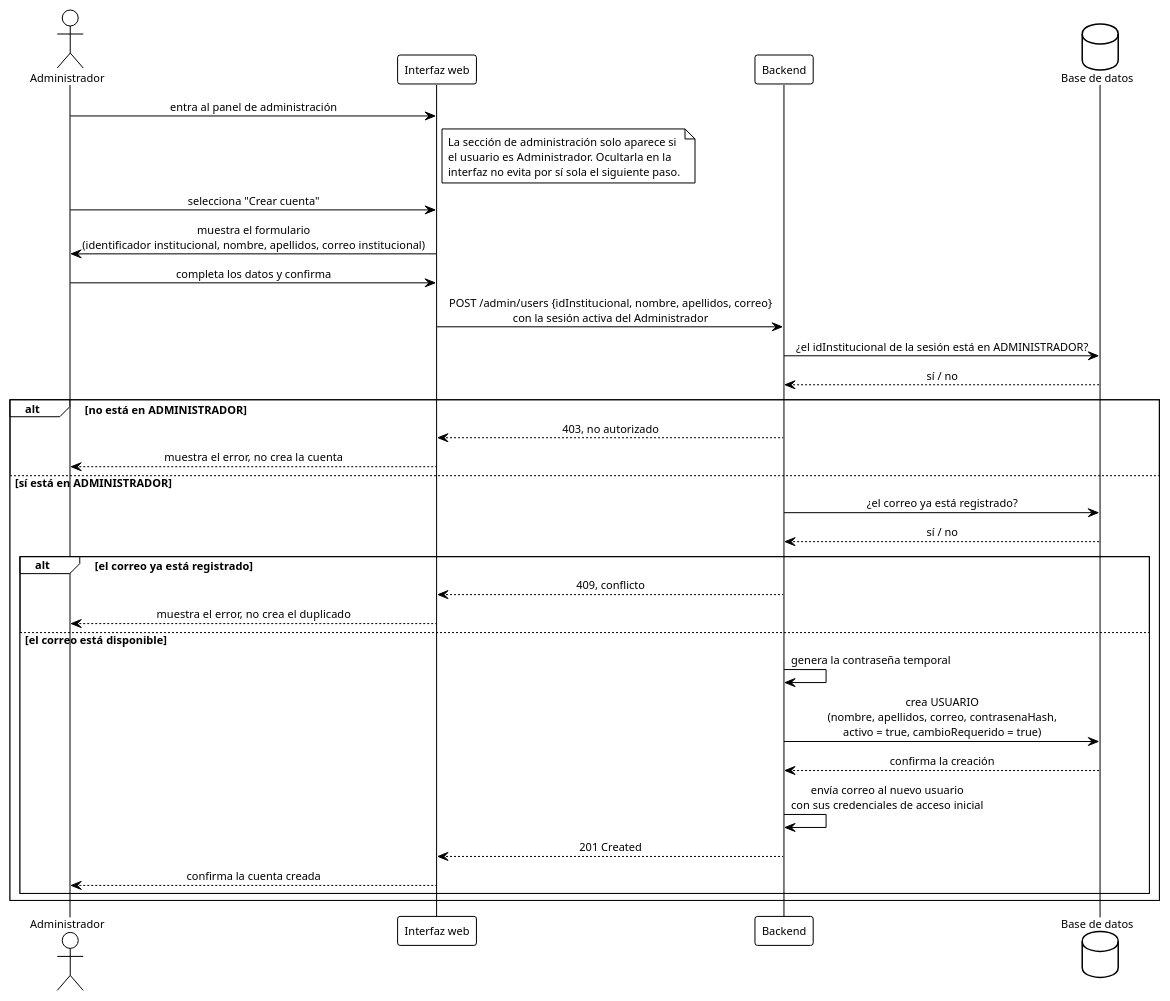
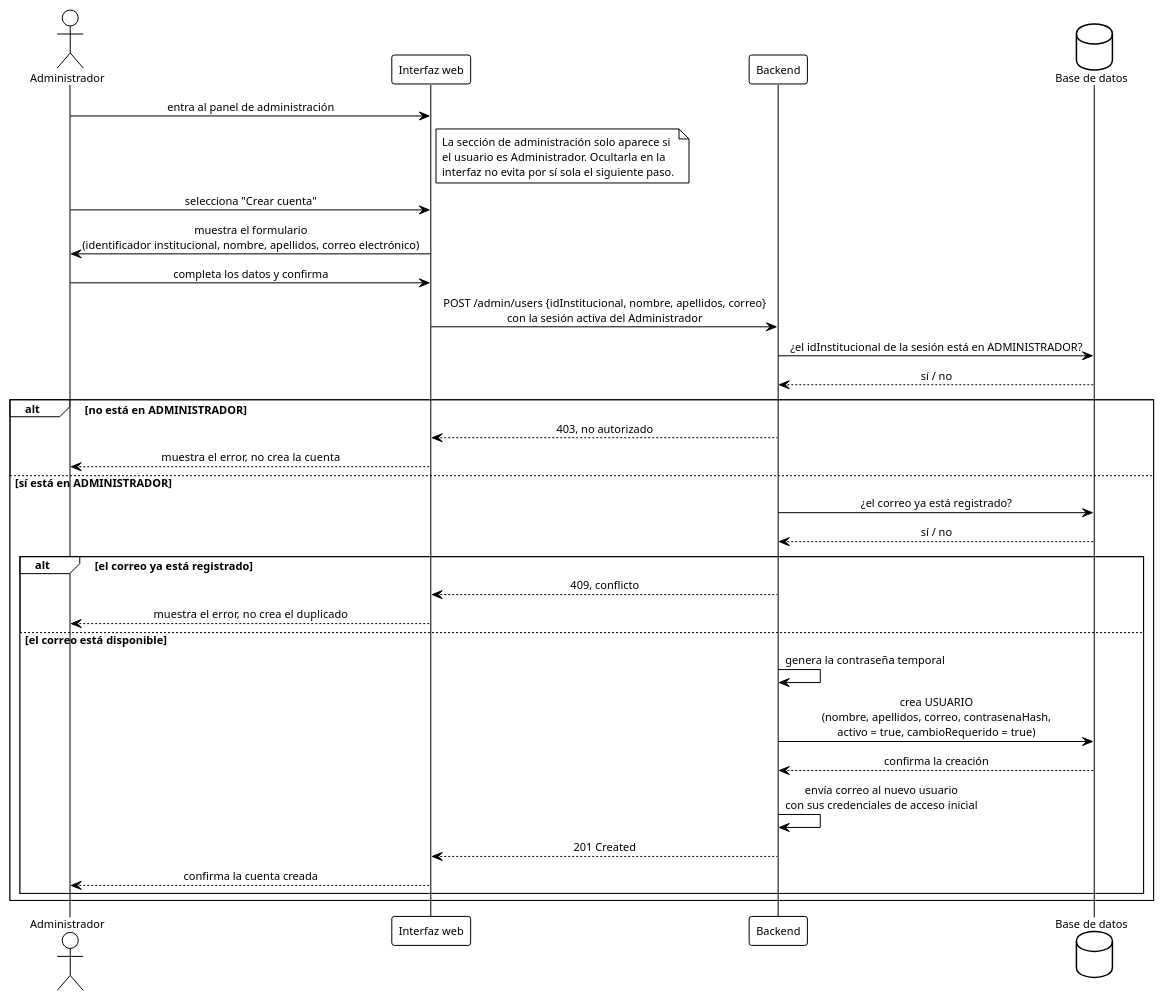
Before and after one commit to ErickJester/fst-ai-system-latex: diagram 26 of 38 in INSTRUCCIONES-WEB.md, drawn with PlantUML. The commit also changed other lines of this file and 35 other files, not shown here.

````diff
--- a/INSTRUCCIONES-WEB.md
+++ b/INSTRUCCIONES-WEB.md
@@ -1998,44 +2005,44 @@
 ```plantuml
 @startuml seq_crear_cuenta
 !theme plain
 skinparam defaultFontName Arial
 skinparam defaultFontSize 11
 skinparam shadowing false
 skinparam sequenceMessageAlign center
 actor Administrador as admin
 participant "Interfaz web" as ui
 participant Backend as api
 database "Base de datos" as db
 
 admin -> ui: entra al panel de administración
 note right of ui
   La sección de administración solo aparece si
   el usuario es Administrador. Ocultarla en la
   interfaz no evita por sí sola el siguiente paso.
 end note
 admin -> ui: selecciona "Crear cuenta"
-ui -> admin: muestra el formulario\n(identificador institucional, nombre, apellidos, correo institucional)
+ui -> admin: muestra el formulario\n(identificador institucional, nombre, apellidos, correo electrónico)
 admin -> ui: completa los datos y confirma
 ui -> api: POST /admin/users {idInstitucional, nombre, apellidos, correo}\ncon la sesión activa del Administrador
 api -> db: ¿el idInstitucional de la sesión está en ADMINISTRADOR?
 db --> api: sí / no
 alt no está en ADMINISTRADOR
   api --> ui: 403, no autorizado
   ui --> admin: muestra el error, no crea la cuenta
 else sí está en ADMINISTRADOR
   api -> db: ¿el correo ya está registrado?
   db --> api: sí / no
   alt el correo ya está registrado
     api --> ui: 409, conflicto
     ui --> admin: muestra el error, no crea el duplicado
   else el correo está disponible
     api -> api: genera la contraseña temporal
     api -> db: crea USUARIO\n(nombre, apellidos, correo, contrasenaHash,\nactivo = true, cambioRequerido = true)
     db --> api: confirma la creación
     api -> api: envía correo al nuevo usuario\ncon sus credenciales de acceso inicial
     api --> ui: 201 Created
     ui --> admin: confirma la cuenta creada
   end
 end
 @enduml
 ```
````
